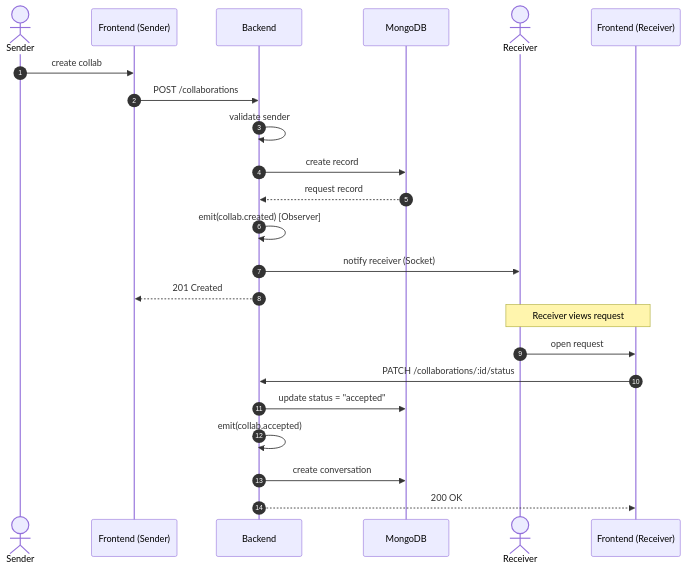
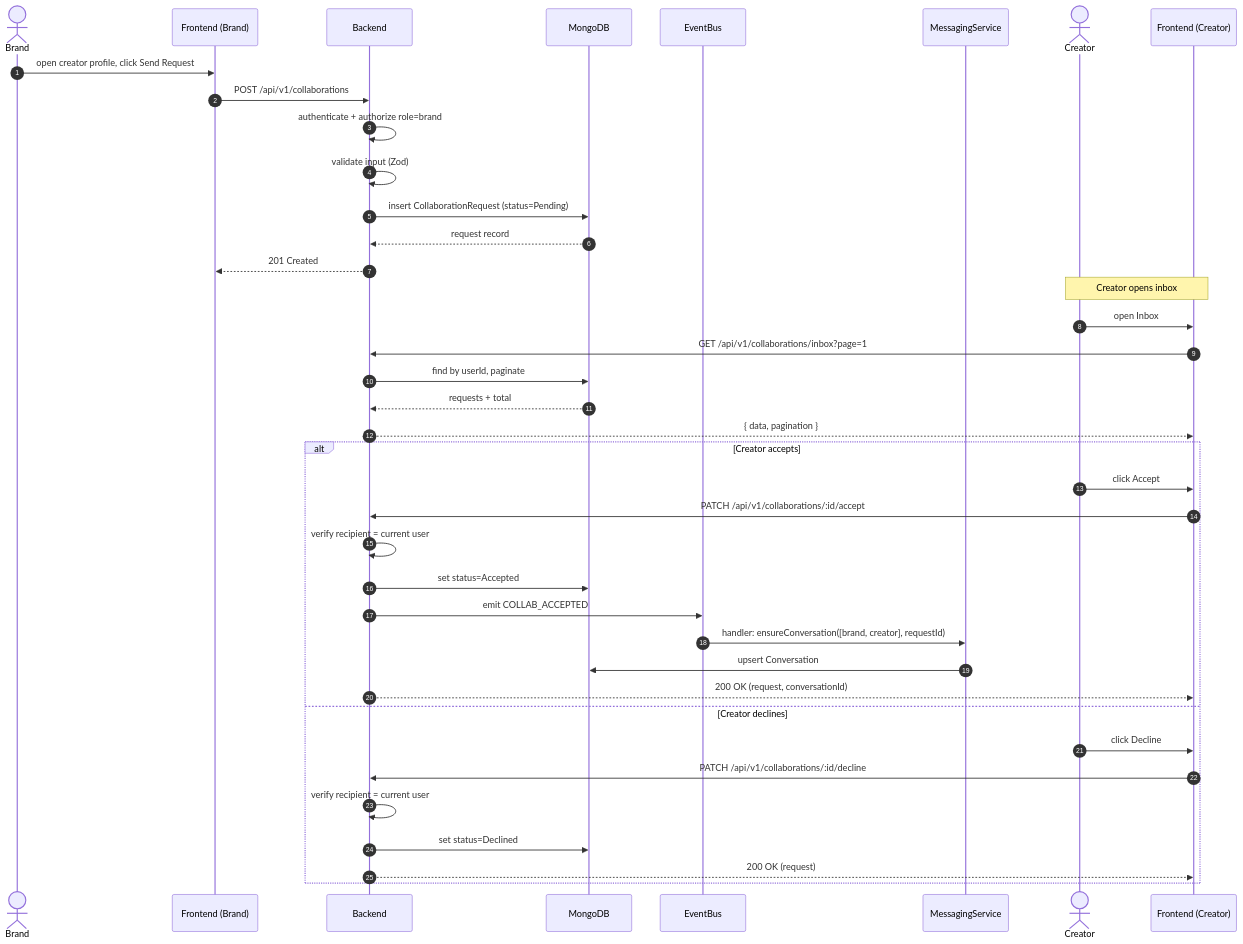
The diagram in UML Designs/mermaid/seq4-collab-request-flow.mmd (samiksha-jangid27/CollabSphere), drawn with Mermaid before and after one commit. The commit also changed 8 other files, not shown here.

First line of the commit message:
docs: align UML diagrams with implementation, add architecture reference

```diff
--- a/UML Designs/mermaid/seq4-collab-request-flow.mmd
+++ b/UML Designs/mermaid/seq4-collab-request-flow.mmd
@@ -1,26 +1,43 @@
 sequenceDiagram
     autonumber
-    actor Sender
-    participant SFE as Frontend (Sender)
+    actor Brand
+    participant BFE as Frontend (Brand)
     participant BE as Backend
     participant DB as MongoDB
-    actor Receiver
-    participant RFE as Frontend (Receiver)
+    participant Bus as EventBus
+    participant Msg as MessagingService
+    actor Creator
+    participant CFE as Frontend (Creator)
 
-    Sender->>SFE: create collab
-    SFE->>BE: POST /collaborations
-    BE->>BE: validate sender
-    BE->>DB: create record
+    Brand->>BFE: open creator profile, click Send Request
+    BFE->>BE: POST /api/v1/collaborations
+    BE->>BE: authenticate + authorize role=brand
+    BE->>BE: validate input (Zod)
+    BE->>DB: insert CollaborationRequest (status=Pending)
     DB-->>BE: request record
-    BE->>BE: emit(collab.created) [Observer]
-    BE->>Receiver: notify receiver (Socket)
-    BE-->>SFE: 201 Created
+    BE-->>BFE: 201 Created
 
-    Note over Receiver,RFE: Receiver views request
+    Note over Creator,CFE: Creator opens inbox
 
-    Receiver->>RFE: open request
-    RFE->>BE: PATCH /collaborations/:id/status
-    BE->>DB: update status = "accepted"
-    BE->>BE: emit(collab.accepted)
-    BE->>DB: create conversation
-    BE-->>RFE: 200 OK
+    Creator->>CFE: open Inbox
+    CFE->>BE: GET /api/v1/collaborations/inbox?page=1
+    BE->>DB: find by userId, paginate
+    DB-->>BE: requests + total
+    BE-->>CFE: { data, pagination }
+
+    alt Creator accepts
+        Creator->>CFE: click Accept
+        CFE->>BE: PATCH /api/v1/collaborations/:id/accept
+        BE->>BE: verify recipient = current user
+        BE->>DB: set status=Accepted
+        BE->>Bus: emit COLLAB_ACCEPTED
+        Bus->>Msg: handler: ensureConversation([brand, creator], requestId)
+        Msg->>DB: upsert Conversation
+        BE-->>CFE: 200 OK (request, conversationId)
+    else Creator declines
+        Creator->>CFE: click Decline
+        CFE->>BE: PATCH /api/v1/collaborations/:id/decline
+        BE->>BE: verify recipient = current user
+        BE->>DB: set status=Declined
+        BE-->>CFE: 200 OK (request)
+    end
```
